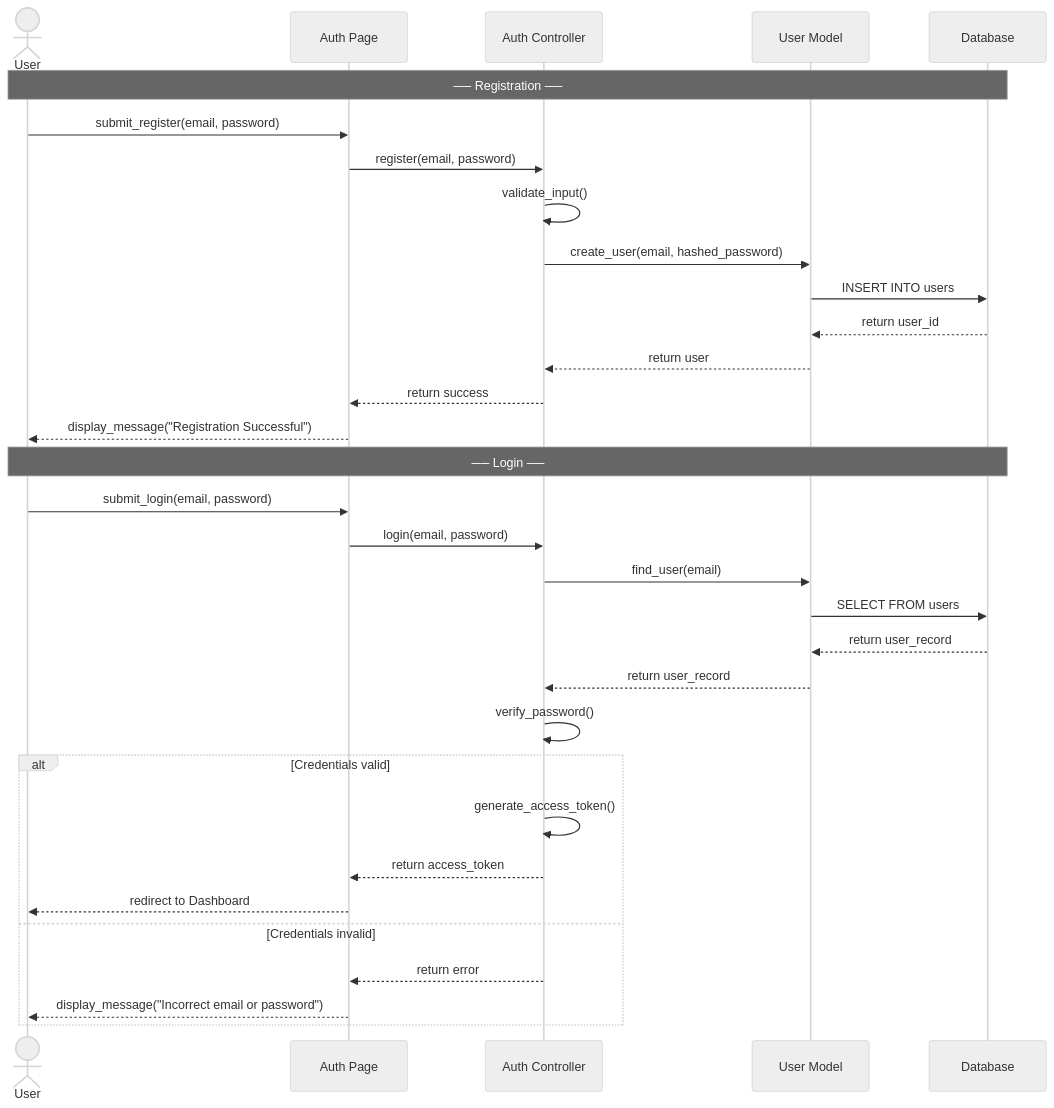
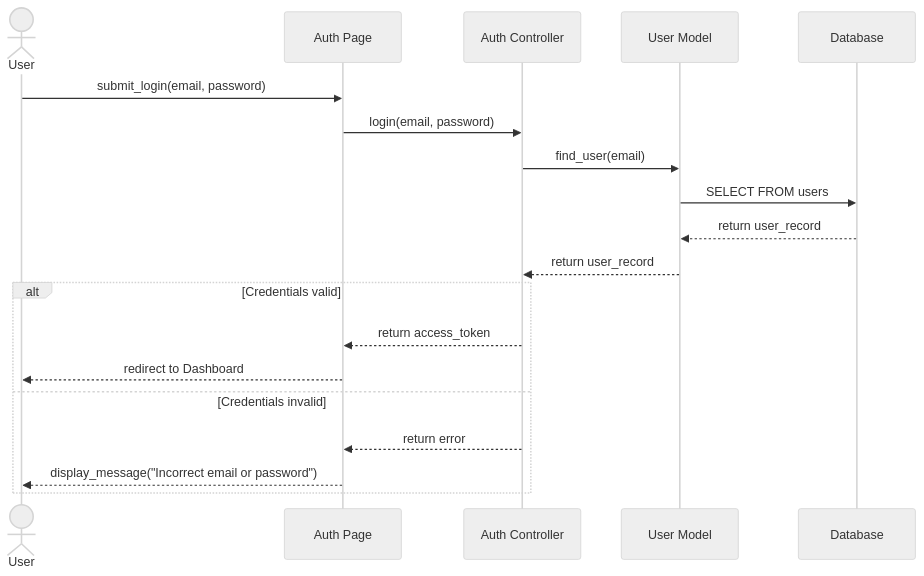
The third of 20 diagrams in SYSTEM_DIAGRAMS.md (Tanaphat-Ken/ALPR-V2), drawn with Mermaid (neutral theme) before and after one commit. The commit also changed other lines of this file, not shown here.

First line of the commit message:
docs: trim sequence diagrams and split combined flows into separate diagrams

````diff
--- a/SYSTEM_DIAGRAMS.md
+++ b/SYSTEM_DIAGRAMS.md
@@ -167,36 +193,22 @@
 ```mermaid
 sequenceDiagram
     actor User
     participant AuthPage as Auth Page
     participant AuthController as Auth Controller
     participant UserModel as User Model
     participant DB as Database
 
-    Note over User,DB: ── Registration ──
-    User->>AuthPage: submit_register(email, password)
-    AuthPage->>AuthController: register(email, password)
-    AuthController->>AuthController: validate_input()
-    AuthController->>UserModel: create_user(email, hashed_password)
-    UserModel->>DB: INSERT INTO users
-    DB-->>UserModel: return user_id
-    UserModel-->>AuthController: return user
-    AuthController-->>AuthPage: return success
-    AuthPage-->>User: display_message("Registration Successful")
-
-    Note over User,DB: ── Login ──
     User->>AuthPage: submit_login(email, password)
     AuthPage->>AuthController: login(email, password)
     AuthController->>UserModel: find_user(email)
     UserModel->>DB: SELECT FROM users
     DB-->>UserModel: return user_record
     UserModel-->>AuthController: return user_record
-    AuthController->>AuthController: verify_password()
     alt Credentials valid
-        AuthController->>AuthController: generate_access_token()
         AuthController-->>AuthPage: return access_token
         AuthPage-->>User: redirect to Dashboard
     else Credentials invalid
         AuthController-->>AuthPage: return error
         AuthPage-->>User: display_message("Incorrect email or password")
     end
 ```
````
